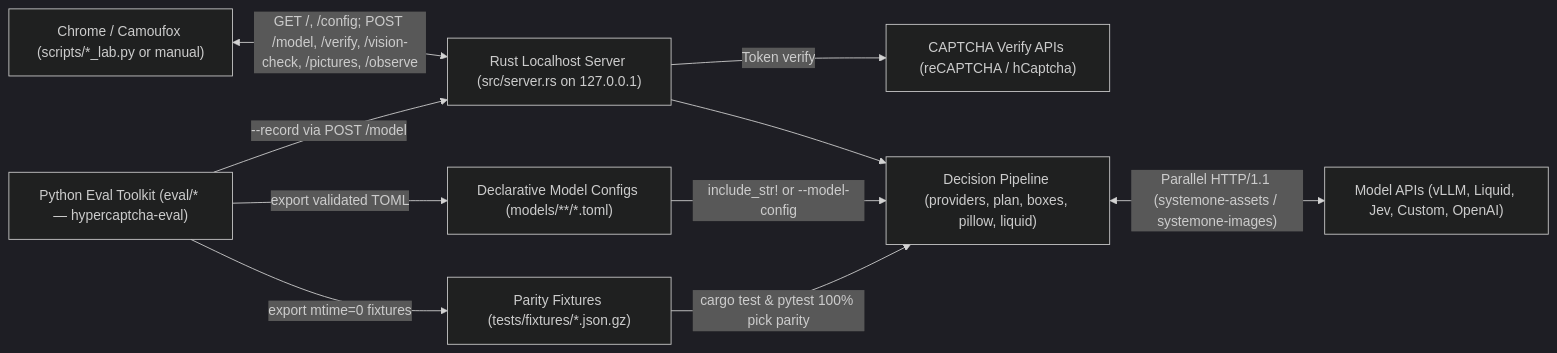
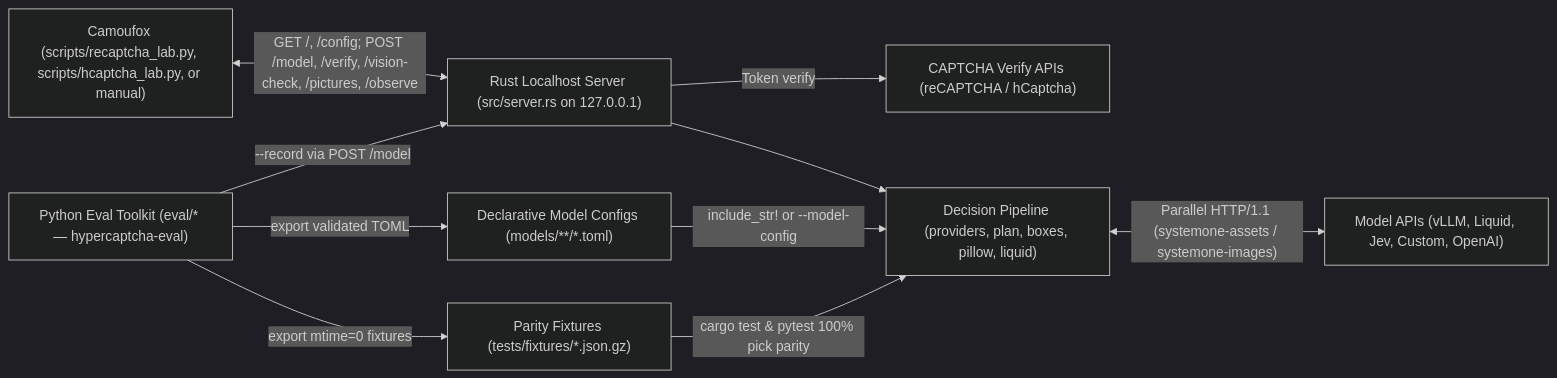
Before and after one commit to eyenoticeall/HyperCaptcha: the first of 2 diagrams in docs/ARCHITECTURE.md, drawn with Mermaid (dark theme). The commit also changed other lines of this file and 7 other files, not shown here.

````diff
--- a/docs/ARCHITECTURE.md
+++ b/docs/ARCHITECTURE.md
@@ -8,21 +8,21 @@
 ```mermaid
 flowchart LR
-    Browser["Chrome / Camoufox (scripts/*_lab.py or manual)"]
+    Browser["Camoufox (scripts/recaptcha_lab.py, scripts/hcaptcha_lab.py, or manual)"]
     Server["Rust Localhost Server (src/server.rs on 127.0.0.1)"]
     Verify["CAPTCHA Verify APIs (reCAPTCHA / hCaptcha)"]
     Pipeline["Decision Pipeline (providers, plan, boxes, pillow, liquid)"]
     Models["Model APIs (vLLM, Liquid, Jev, Custom, OpenAI)"]
     Toml["Declarative Model Configs (models/**/*.toml)"]
     Eval["Python Eval Toolkit (eval/* — hypercaptcha-eval)"]
     Fixtures["Parity Fixtures (tests/fixtures/*.json.gz)"]
 
     Browser <-->|"GET /, /config; POST /model, /verify, /vision-check, /pictures, /observe"| Server
     Server -->|"Token verify"| Verify
     Server --> Pipeline
     Toml -->|"include_str! or --model-config"| Pipeline
     Pipeline <-->|"Parallel HTTP/1.1 (systemone-assets / systemone-images)"| Models
     Eval -->|"--record via POST /model"| Server
     Eval -->|"export validated TOML"| Toml
     Eval -->|"export mtime=0 fixtures"| Fixtures
     Fixtures -->|"cargo test & pytest 100% pick parity"| Pipeline
 ```
````
